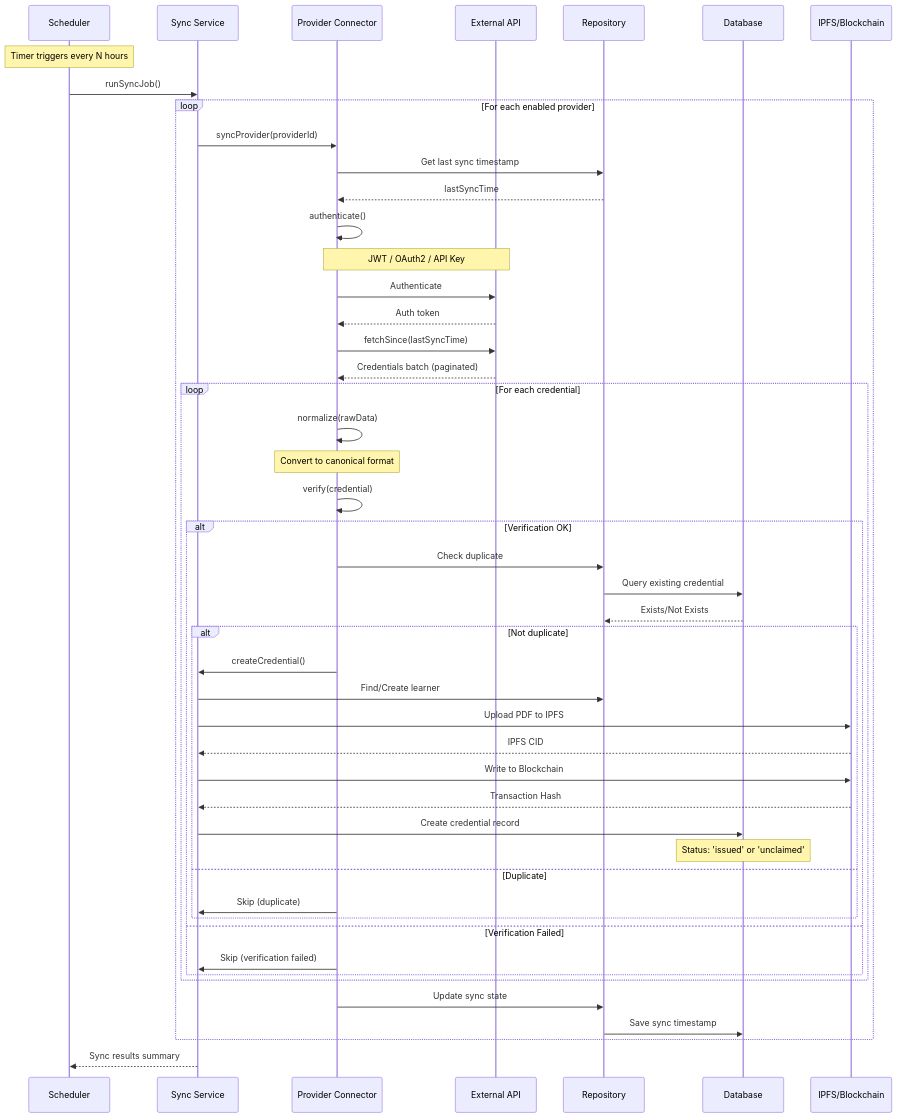
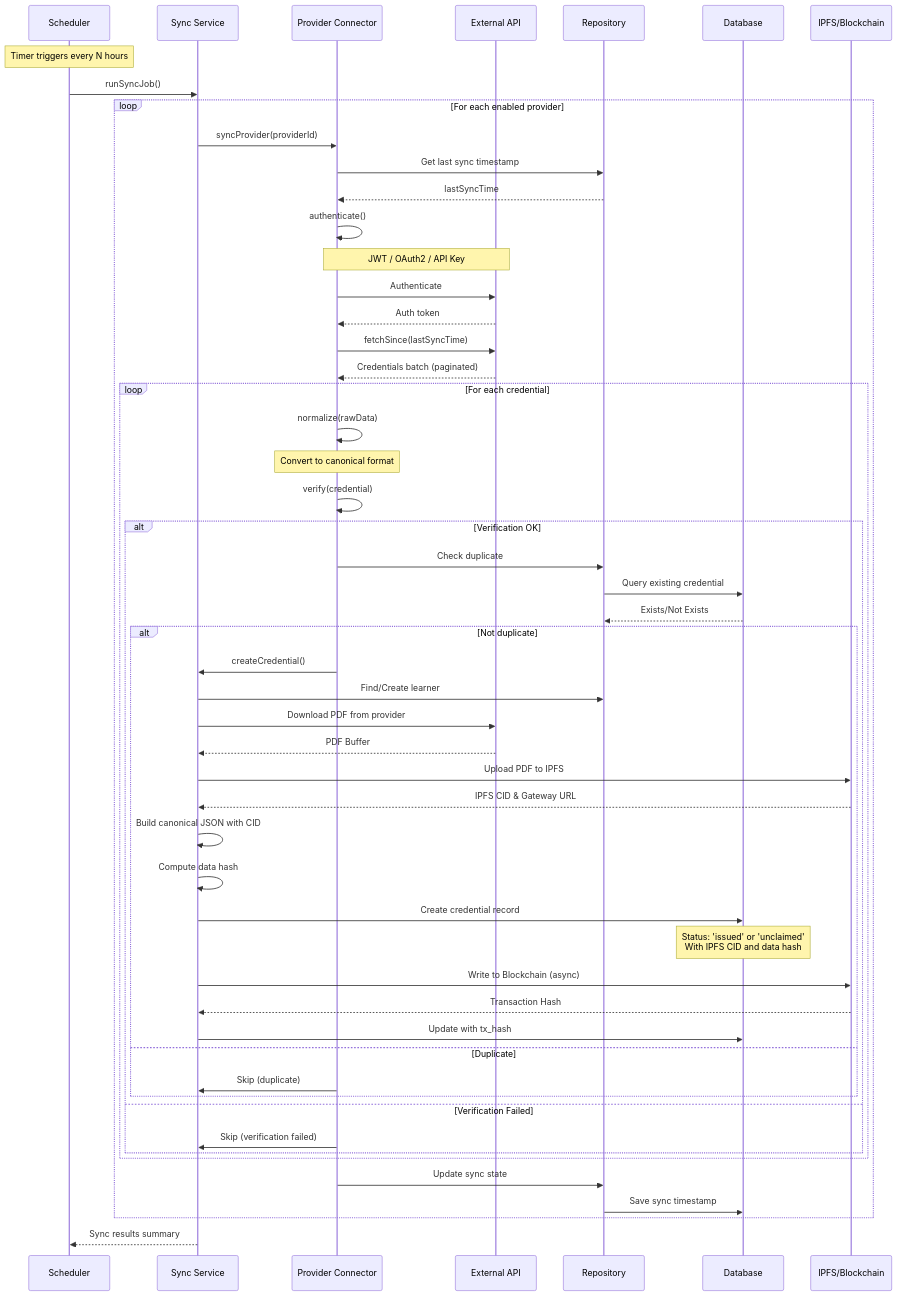
The third of 5 diagrams in docs/AUTO_FETCH_ISSUERS_FLOW.md (JaiminPatel345/MicroMerit-Portal), drawn with Mermaid before and after one commit. The commit also changed other lines of this file and 1 other file, not shown here.

Commit message:
working blockchain, pinky promise

````diff
--- a/docs/AUTO_FETCH_ISSUERS_FLOW.md
+++ b/docs/AUTO_FETCH_ISSUERS_FLOW.md
@@ -92,59 +92,64 @@
 ```mermaid
 sequenceDiagram
     participant SCHEDULER as Scheduler
     participant SERVICE as Sync Service
     participant CONNECTOR as Provider Connector
     participant API as External API
     participant REPO as Repository
     participant DB as Database
     participant STORAGE as IPFS/Blockchain
     
     Note over SCHEDULER: Timer triggers every N hours
     SCHEDULER->>SERVICE: runSyncJob()
     
     loop For each enabled provider
         SERVICE->>CONNECTOR: syncProvider(providerId)
         CONNECTOR->>REPO: Get last sync timestamp
         REPO-->>CONNECTOR: lastSyncTime
         
         CONNECTOR->>CONNECTOR: authenticate()
         Note over CONNECTOR,API: JWT / OAuth2 / API Key
         CONNECTOR->>API: Authenticate
         API-->>CONNECTOR: Auth token
         
         CONNECTOR->>API: fetchSince(lastSyncTime)
         API-->>CONNECTOR: Credentials batch (paginated)
         
         loop For each credential
             CONNECTOR->>CONNECTOR: normalize(rawData)
             Note over CONNECTOR: Convert to canonical format
             
             CONNECTOR->>CONNECTOR: verify(credential)
             alt Verification OK
                 CONNECTOR->>REPO: Check duplicate
                 REPO->>DB: Query existing credential
                 DB-->>REPO: Exists/Not Exists
                 
                 alt Not duplicate
                     CONNECTOR->>SERVICE: createCredential()
                     SERVICE->>REPO: Find/Create learner
+                    SERVICE->>API: Download PDF from provider
+                    API-->>SERVICE: PDF Buffer
                     SERVICE->>STORAGE: Upload PDF to IPFS
-                    STORAGE-->>SERVICE: IPFS CID
-                    SERVICE->>STORAGE: Write to Blockchain
+                    STORAGE-->>SERVICE: IPFS CID & Gateway URL
+                    SERVICE->>SERVICE: Build canonical JSON with CID
+                    SERVICE->>SERVICE: Compute data hash
+                    SERVICE->>DB: Create credential record
+                    Note over DB: Status: 'issued' or 'unclaimed'<br/>With IPFS CID and data hash
+                    SERVICE->>STORAGE: Write to Blockchain (async)
                     STORAGE-->>SERVICE: Transaction Hash
-                    SERVICE->>DB: Create credential record
-                    Note over DB: Status: 'issued' or 'unclaimed'
+                    SERVICE->>DB: Update with tx_hash
                 else Duplicate
                     CONNECTOR->>SERVICE: Skip (duplicate)
                 end
             else Verification Failed
                 CONNECTOR->>SERVICE: Skip (verification failed)
             end
         end
         
         CONNECTOR->>REPO: Update sync state
         REPO->>DB: Save sync timestamp
     end
     
     SERVICE-->>SCHEDULER: Sync results summary
 ```
````
